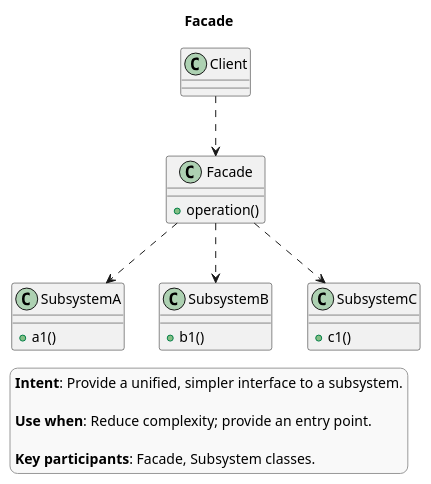
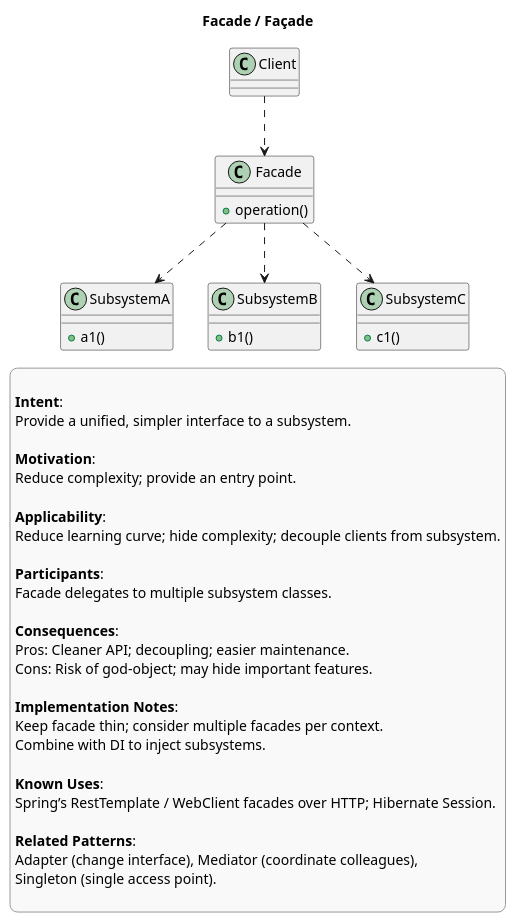
Before and after one commit to AkselErenberk/design-patterns: the diagram in theory/structural/facade.puml, drawn with PlantUML. The commit also changed 26 other files, not shown here.

Commit message:
design pattern class diagrams

```diff
--- a/theory/structural/facade.puml
+++ b/theory/structural/facade.puml
@@ -1,35 +1,58 @@
 @startuml
-title Facade
+title Facade / Façade
 
 skinparam legendBackgroundColor #f9f9f9
 skinparam legendBorderColor #999999
 
 legend right
-**Intent**: Provide a unified, simpler interface to a subsystem.
 
-**Use when**: Reduce complexity; provide an entry point.
+**Intent**:
+Provide a unified, simpler interface to a subsystem.
 
-**Key participants**: Facade, Subsystem classes.
+**Motivation**:
+Reduce complexity; provide an entry point.
+
+**Applicability**:
+Reduce learning curve; hide complexity; decouple clients from subsystem.
+
+**Participants**:
+Facade delegates to multiple subsystem classes.
+
+**Consequences**:
+Pros: Cleaner API; decoupling; easier maintenance.
+Cons: Risk of god-object; may hide important features.
+
+**Implementation Notes**:
+Keep facade thin; consider multiple facades per context.
+Combine with DI to inject subsystems.
+
+**Known Uses**:
+Spring’s RestTemplate / WebClient facades over HTTP; Hibernate Session.
+
+**Related Patterns**:
+Adapter (change interface), Mediator (coordinate colleagues),
+Singleton (single access point).
+
 endlegend
 
 class Facade {
   +operation()
 }
 
 class SubsystemA {
   +a1()
 }
 class SubsystemB {
   +b1()
 }
 class SubsystemC {
   +c1()
 }
 
 Facade ..> SubsystemA
 Facade ..> SubsystemB
 Facade ..> SubsystemC
 
 class Client
 Client ..> Facade
 @enduml
```
